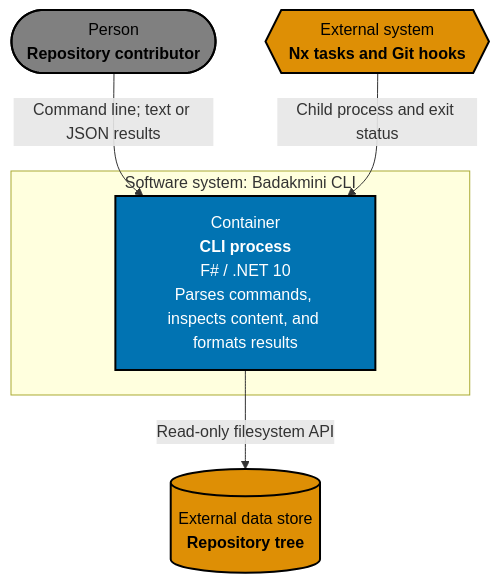
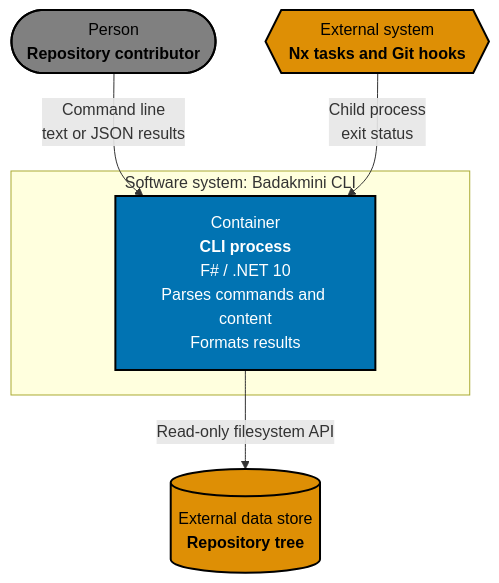
The second of 3 diagrams in specs/apps/badakmini/cli/architecture.md (wahidyankf/beaver-nest), drawn with Mermaid before and after one commit. The commit also changed other lines of this file and 16 other files, not shown here.

Commit message:
feat(badakmini): enforce Mermaid legibility

````diff
--- a/specs/apps/badakmini/cli/architecture.md
+++ b/specs/apps/badakmini/cli/architecture.md
@@ -31,22 +31,22 @@
 ```mermaid
 %% Accessible palette: blue #0173B2, orange #DE8F05, gray #808080
 flowchart TB
     contributor(["Person<br/><b>Repository contributor</b>"])
     automation{{"External system<br/><b>Nx tasks and Git hooks</b>"}}
     repository[("External data store<br/><b>Repository tree</b>")]
 
     subgraph badakmini["Software system: Badakmini CLI"]
-        cli["Container<br/><b>CLI process</b><br/>F# / .NET 10<br/>Parses commands, inspects content, and formats results"]
+        cli["Container<br/><b>CLI process</b><br/>F# / .NET 10<br/>Parses commands and content<br/>Formats results"]
     end
 
-    contributor -->|Command line; text or JSON results| cli
-    automation -->|Child process and exit status| cli
+    contributor -->|Command line<br/>text or JSON results| cli
+    automation -->|Child process<br/>exit status| cli
     cli -->|Read-only filesystem API| repository
 
     classDef person fill:#808080,stroke:#000000,color:#000000,stroke-width:2px
     classDef container fill:#0173B2,stroke:#000000,color:#FFFFFF,stroke-width:2px
     classDef external fill:#DE8F05,stroke:#000000,color:#000000,stroke-width:2px
     class contributor person
     class cli container
     class automation,repository external
 ```
````
